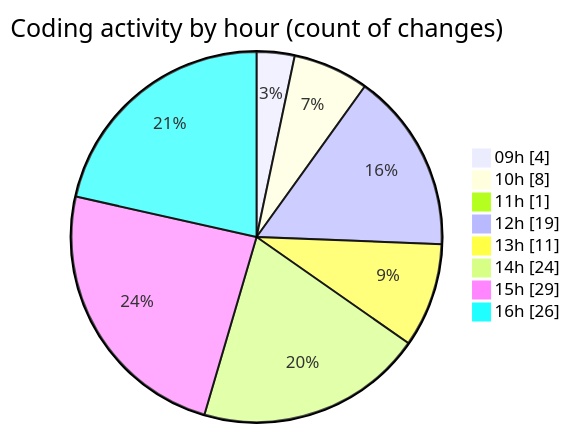
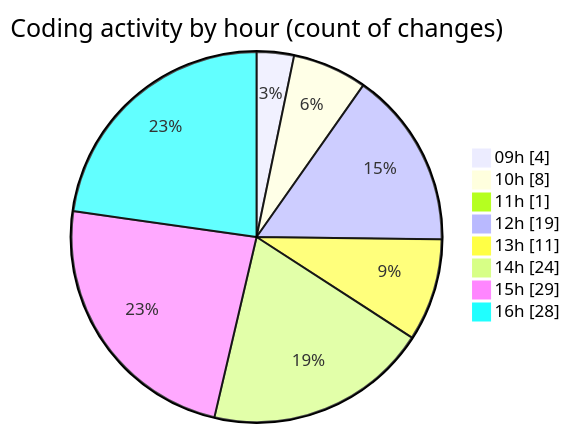
One commit to nxtqubesakshisongat/code-tracking changed the second of 2 diagrams in 2026-02-18/nxtqube_webapp/README.md. Above: the diagram before and after it, drawn with Mermaid. The commit also changed other lines of this file and 1 other file, not shown here.

````diff
--- a/2026-02-18/nxtqube_webapp/README.md
+++ b/2026-02-18/nxtqube_webapp/README.md
@@ -38,12 +38,12 @@
 ```mermaid
 pie showData
 title Coding activity by hour (count of changes)
 "09h" : 4
 "10h" : 8
 "11h" : 1
 "12h" : 19
 "13h" : 11
 "14h" : 24
 "15h" : 29
-"16h" : 26
+"16h" : 28
 ```
````
